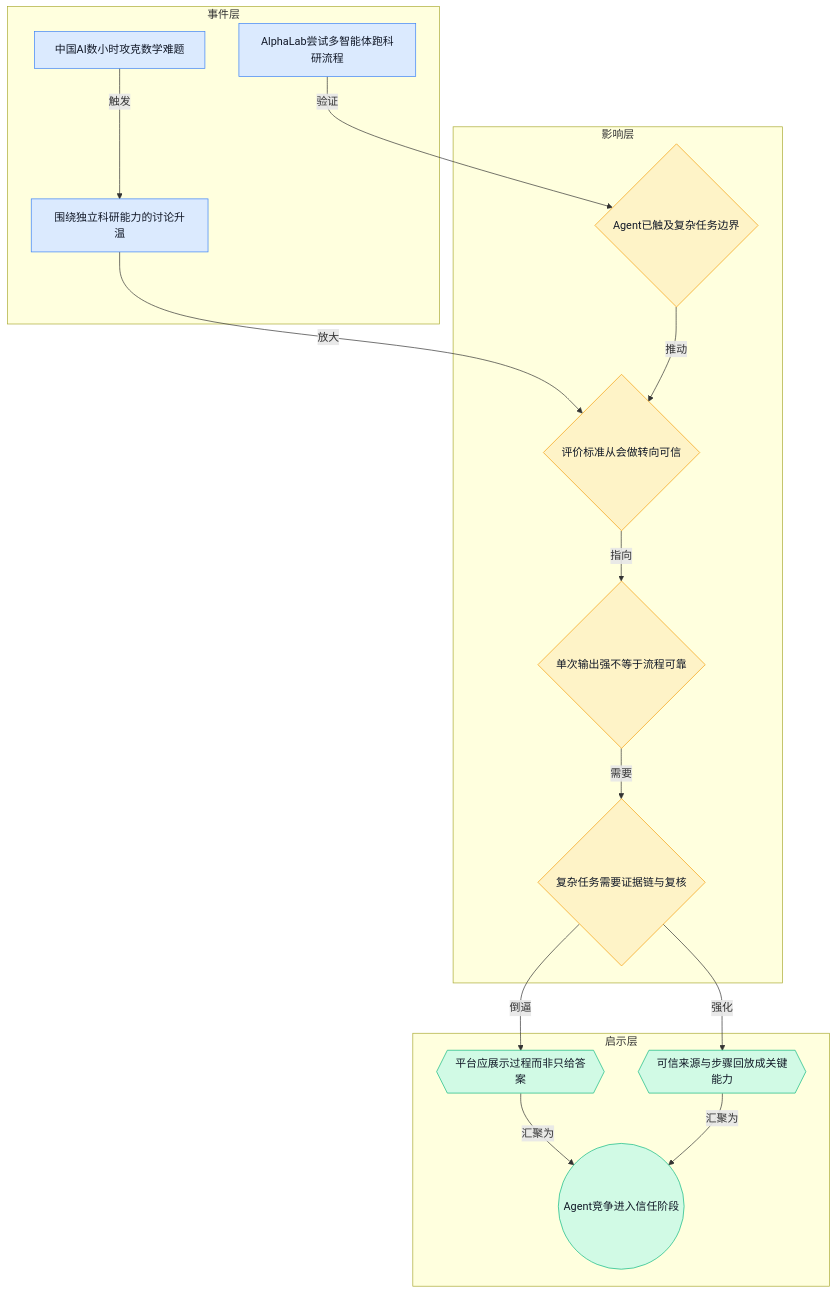
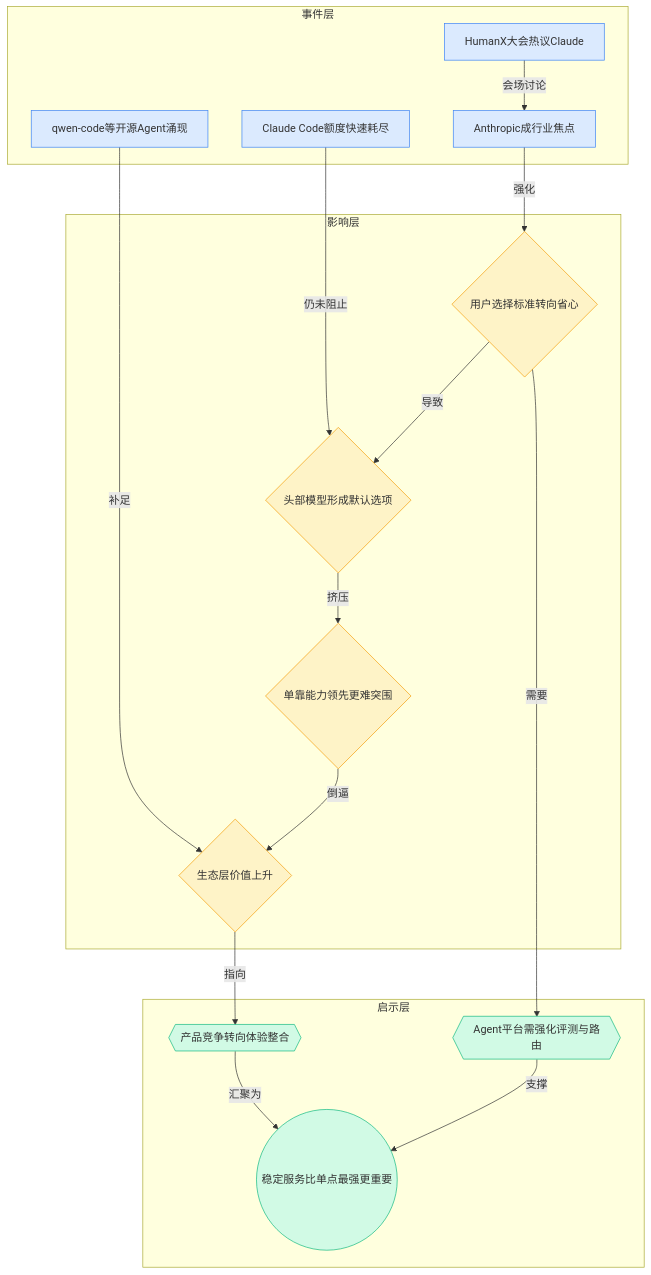
Before and after one commit to ylzsdafei/ai-daily-site: the first of 4 diagrams in content/cn/blog/weekly/2026-W16.md, drawn with Mermaid. The commit also changed other lines of this file and 1 other file, not shown here.

Commit message:
feat: CB Insights 风格趋势全景图 + 更新大字报

````diff
--- a/content/cn/blog/weekly/2026-W16.md
+++ b/content/cn/blog/weekly/2026-W16.md
@@ -27,36 +27,41 @@
 ```mermaid
 graph TD
-  classDef event fill:#dbeafe,stroke:#3b82f6,color:#111827;
-  classDef impact fill:#fef3c7,stroke:#f59e0b,color:#111827;
-  classDef insight fill:#d1fae5,stroke:#10b981,color:#111827;
-
   subgraph 事件层
-    A[中国AI数小时攻克数学难题]:::event
-    B[AlphaLab尝试多智能体跑科研流程]:::event
-    C[围绕独立科研能力的讨论升温]:::event
+    A[HumanX大会热议Claude]
+    B[Anthropic成行业焦点]
+    C[Claude Code额度快速耗尽]
+    D[qwen-code等开源Agent涌现]
   end
 
   subgraph 影响层
-    D{Agent已触及复杂任务边界}:::impact
-    E{评价标准从会做转向可信}:::impact
-    F{单次输出强不等于流程可靠}:::impact
-    G{复杂任务需要证据链与复核}:::impact
+    E{用户选择标准转向省心}
+    F{头部模型形成默认选项}
+    G{单靠能力领先更难突围}
+    H{生态层价值上升}
   end
 
   subgraph 启示层
-    H{{平台应展示过程而非只给答案}}:::insight
-    I{{可信来源与步骤回放成关键能力}}:::insight
-    J((Agent竞争进入信任阶段)):::insight
+    I{{产品竞争转向体验整合}}
+    J{{Agent平台需强化评测与路由}}
+    K((稳定服务比单点最强更重要))
   end
 
-  A -- 触发 --> C
-  B -- 验证 --> D
-  C -- 放大 --> E
-  D -- 推动 --> E
-  E -- 指向 --> F
-  F -- 需要 --> G
+  A -- 会场讨论 --> B
+  B -- 强化 --> E
+  C -- 仍未阻止 --> F
+  D -- 补足 --> H
+  E -- 导致 --> F
+  F -- 挤压 --> G
   G -- 倒逼 --> H
-  G -- 强化 --> I
-  H -- 汇聚为 --> J
-  I -- 汇聚为 --> J
+  H -- 指向 --> I
+  E -- 需要 --> J
+  I -- 汇聚为 --> K
+  J -- 支撑 --> K
+
+  classDef event fill:#dbeafe,stroke:#3b82f6;
+  classDef impact fill:#fef3c7,stroke:#f59e0b;
+  classDef insight fill:#d1fae5,stroke:#10b981;
+  class A,B,C,D event;
+  class E,F,G,H impact;
+  class I,J,K insight;
 ```
````
